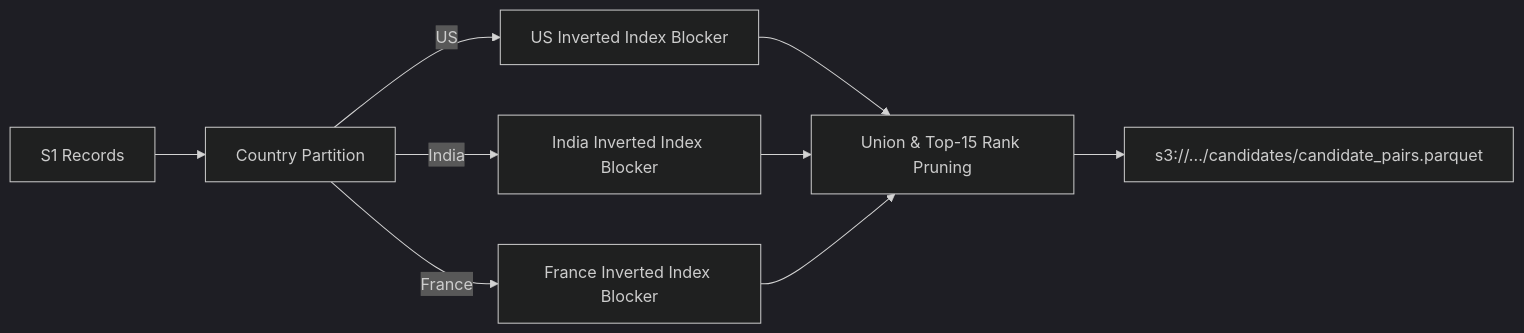
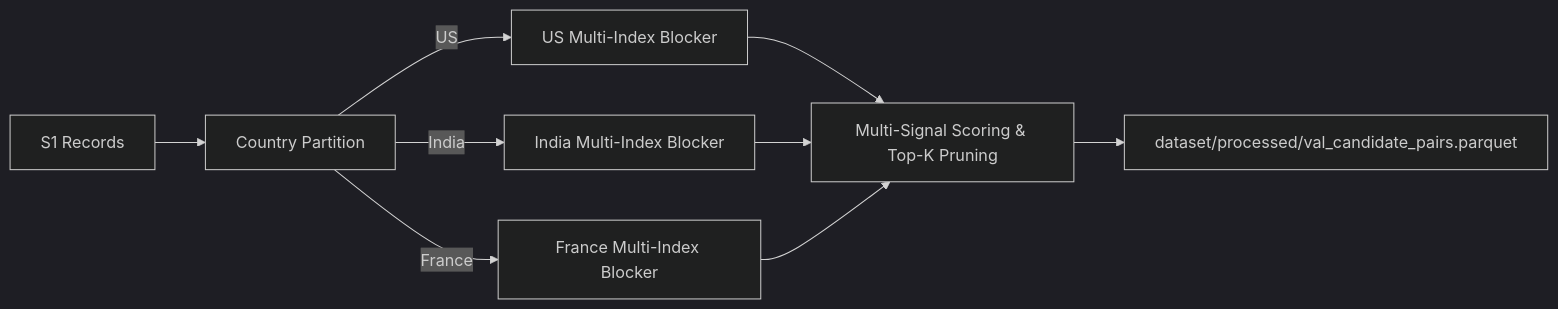
The second of 2 diagrams in Business_Entity_Resolution_Solution_Plan.md (sassysohom48/Amazon-ML), drawn with Mermaid (dark theme) before and after one commit. The commit also changed other lines of this file, not shown here.

````diff
--- a/Business_Entity_Resolution_Solution_Plan.md
+++ b/Business_Entity_Resolution_Solution_Plan.md
@@ -177,9 +173,9 @@
 ```mermaid
 flowchart LR
     S1[S1 Records] --> CP[Country Partition]
-    CP -->|US| B_US[US Inverted Index Blocker]
-    CP -->|India| B_IN[India Inverted Index Blocker]
-    CP -->|France| B_FR[France Inverted Index Blocker]
-    B_US & B_IN & B_FR --> Union[Union & Top-15 Rank Pruning]
-    Union --> S3_Cand[s3://.../candidates/candidate_pairs.parquet]
+    CP -->|US| B_US[US Multi-Index Blocker]
+    CP -->|India| B_IN[India Multi-Index Blocker]
+    CP -->|France| B_FR[France Multi-Index Blocker]
+    B_US & B_IN & B_FR --> Union[Multi-Signal Scoring & Top-K Pruning]
+    Union --> S3_Cand[dataset/processed/val_candidate_pairs.parquet]
 ```
````
